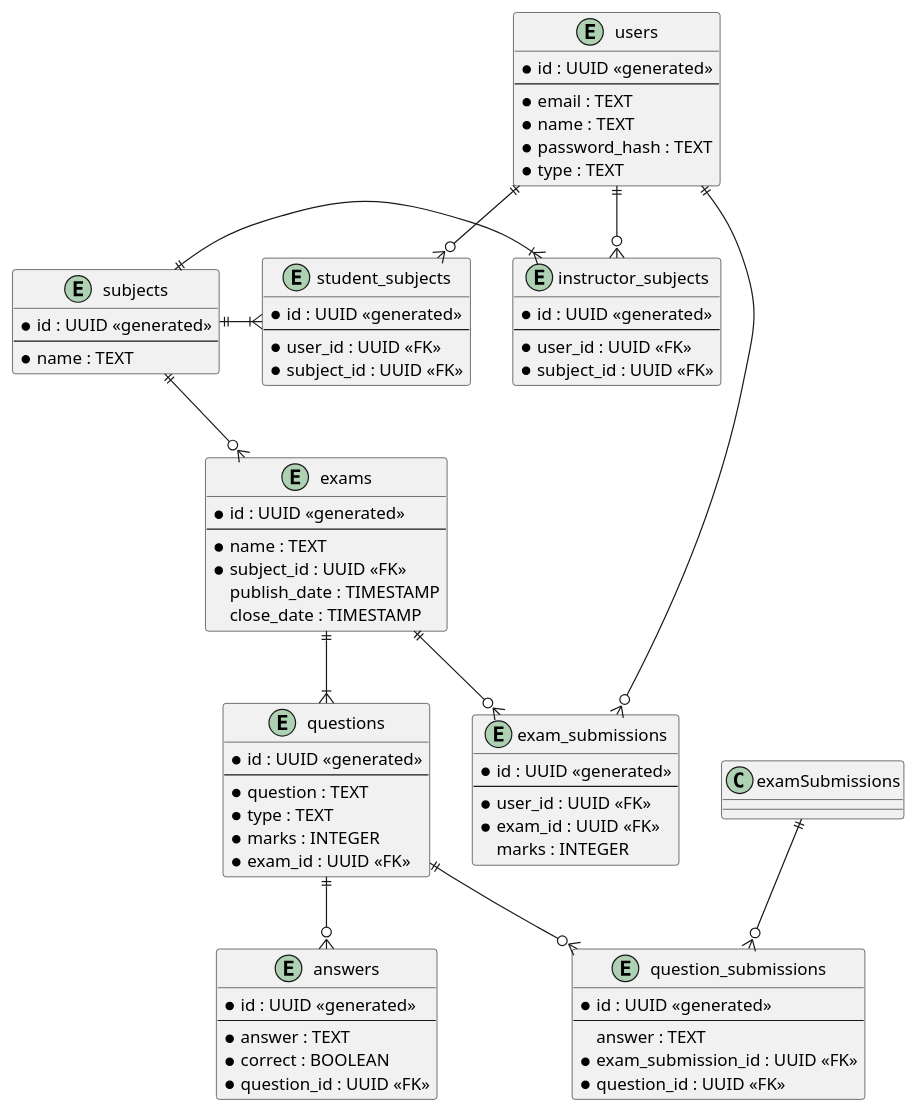
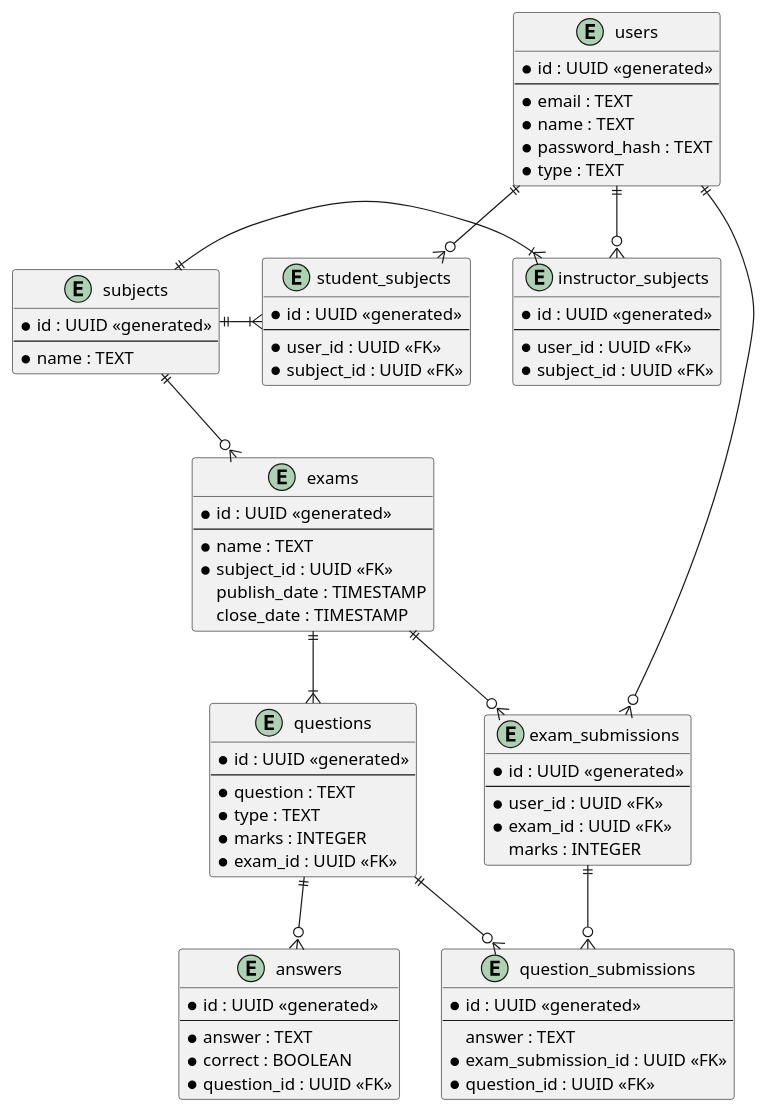
Before and after one commit to omjadas/ekzameno: the diagram in docs/diagrams/er.puml, drawn with PlantUML. The commit also changed 7 other files, not shown here.

```diff
--- a/docs/diagrams/er.puml
+++ b/docs/diagrams/er.puml
@@ -1,88 +1,88 @@
 @startuml ER Diagram
 
 entity users {
     * id : UUID <<generated>>
     --
     * email : TEXT
     * name : TEXT
     * password_hash : TEXT
     * type : TEXT
 }
 
 entity subjects {
     * id : UUID <<generated>>
     --
     * name : TEXT
 }
 
 entity exams {
     * id : UUID <<generated>>
     --
     * name : TEXT
     * subject_id : UUID <<FK>>
     publish_date : TIMESTAMP
     close_date : TIMESTAMP
 }
 
 entity questions {
     * id : UUID <<generated>>
     --
     * question : TEXT
     * type : TEXT
     * marks : INTEGER
     * exam_id : UUID <<FK>>
 }
 
 entity answers {
     * id : UUID <<generated>>
     --
     * answer : TEXT
     * correct : BOOLEAN
     * question_id : UUID <<FK>>
 }
 
 entity exam_submissions {
     * id : UUID <<generated>>
     --
     * user_id : UUID <<FK>>
     * exam_id : UUID <<FK>>
     marks : INTEGER
 }
 
 entity question_submissions {
     * id : UUID <<generated>>
     --
     answer : TEXT
     * exam_submission_id : UUID <<FK>>
     * question_id : UUID <<FK>>
 }
 
 entity instructor_subjects {
     * id : UUID <<generated>>
     --
     * user_id : UUID <<FK>>
     * subject_id : UUID <<FK>>
 }
 
 entity student_subjects {
     * id : UUID <<generated>>
     --
     * user_id : UUID <<FK>>
     * subject_id : UUID <<FK>>
 }
 
 subjects ||--o{ exams
 exams ||--|{ questions
 users ||--o{ exam_submissions
 exams ||--o{ exam_submissions
-examSubmissions ||--o{ question_submissions
+exam_submissions ||--o{ question_submissions
 questions ||--o{ question_submissions
 questions ||--o{ answers
 
 users ||--o{ instructor_subjects
 users ||--o{ student_subjects
 
 subjects ||-|{ instructor_subjects
 subjects ||-|{ student_subjects
 
 @enduml
```
